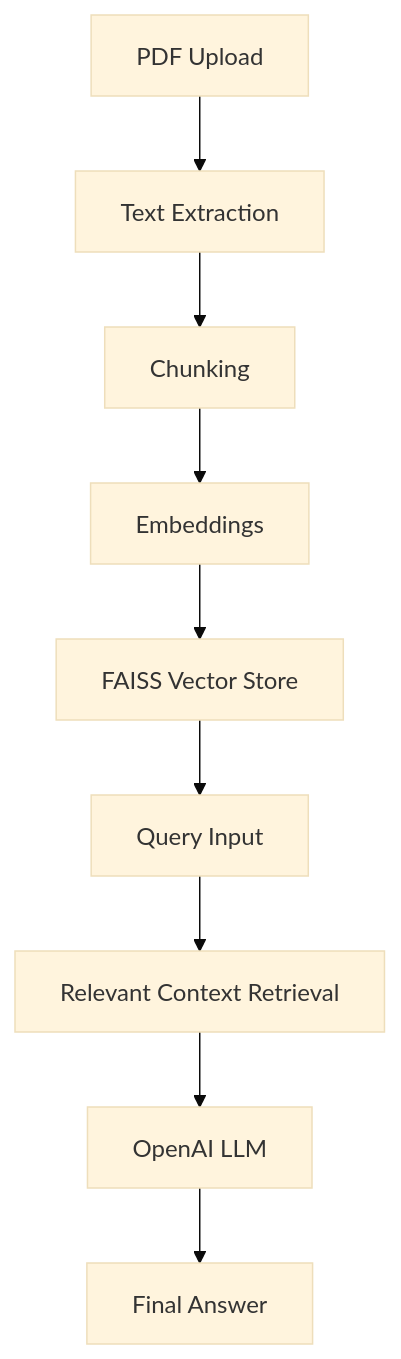
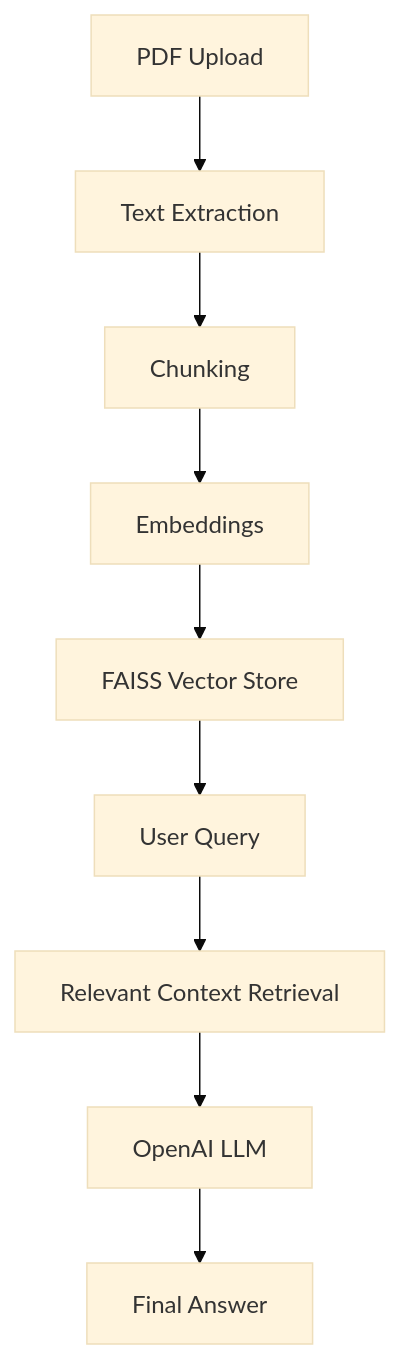
Before and after one commit to gee-46/ContextIQ-AI-Document-Intelligence-Assistant-: the diagram in README.md, drawn with Mermaid (base theme). The commit also changed other lines of this file, not shown here.

````diff
--- a/README.md
+++ b/README.md
@@ -44,11 +44,11 @@
 ```mermaid
 graph TD
 A[PDF Upload] --> B[Text Extraction]
 B --> C[Chunking]
 C --> D[Embeddings]
 D --> E[FAISS Vector Store]
-E --> F[Query Input]
+E --> F[User Query]
 F --> G[Relevant Context Retrieval]
 G --> H[OpenAI LLM]
 H --> I[Final Answer]
 ```
````
